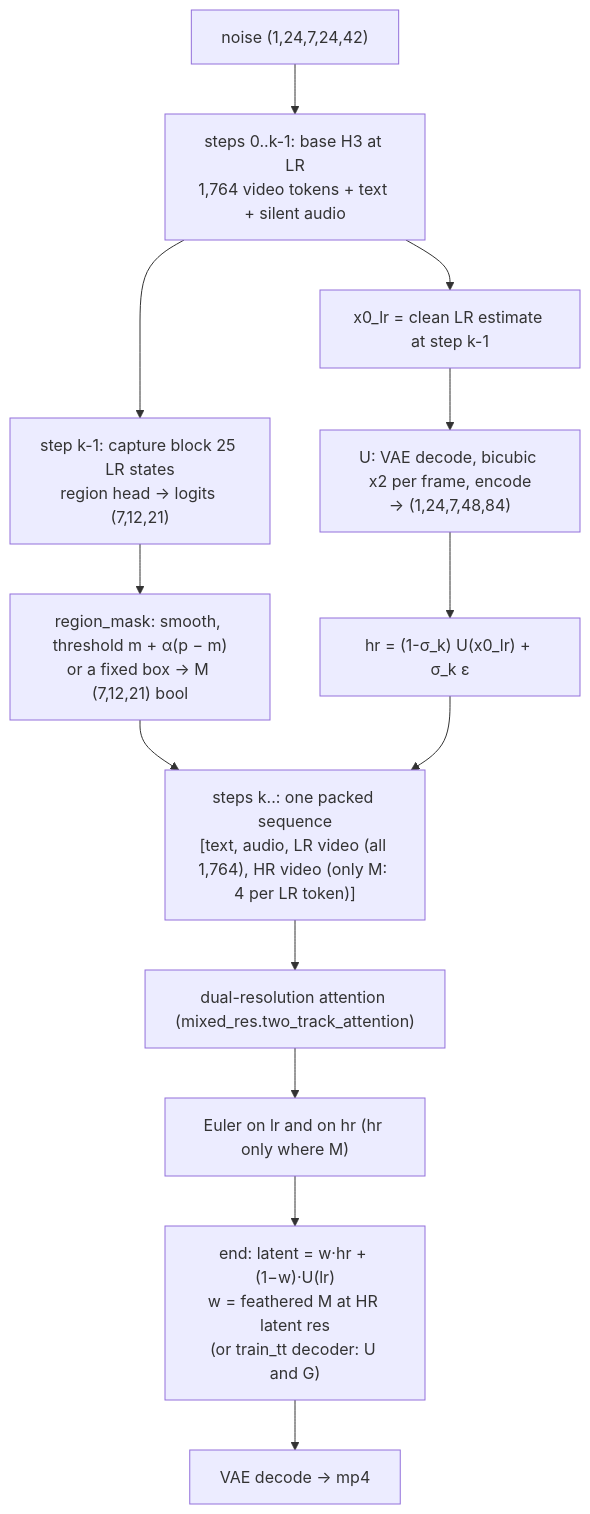
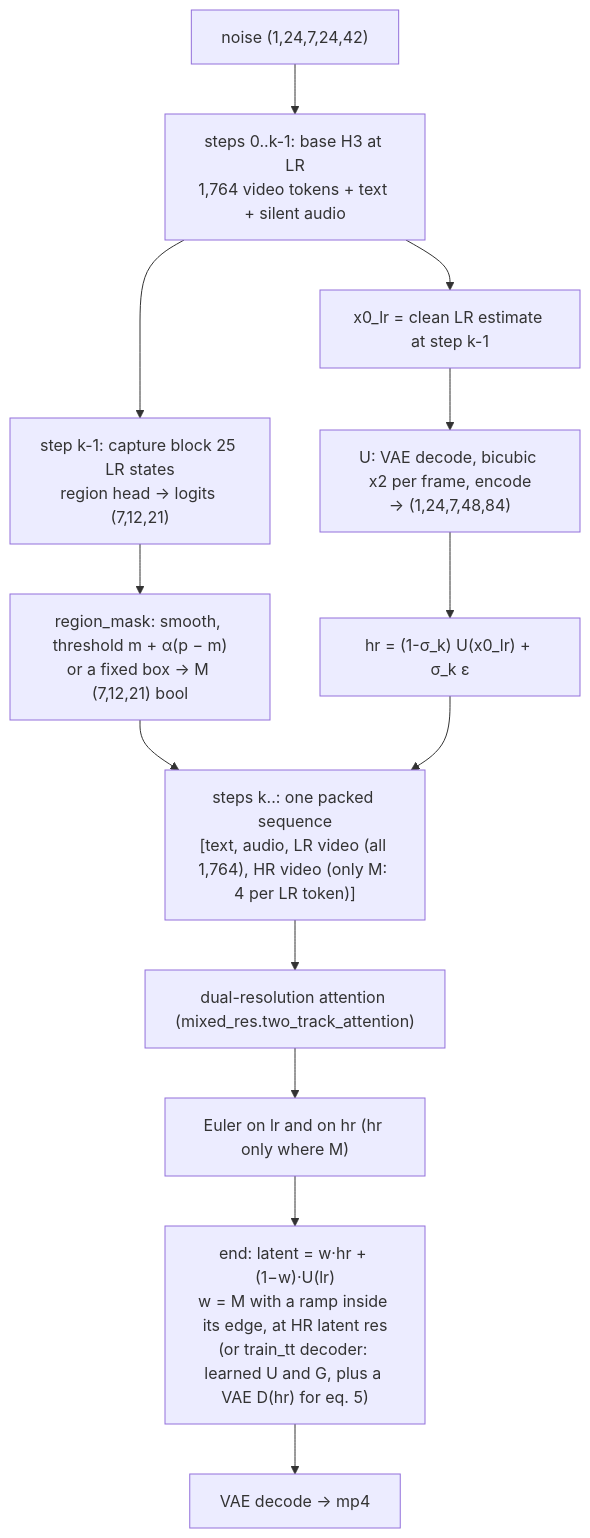
The diagram in docs/TWO_TRACK_FLOW.md (scrya-com/lot-diffusion), drawn with Mermaid before and after one commit. The commit also changed other lines of this file and 4 other files, not shown here.

````diff
--- a/docs/TWO_TRACK_FLOW.md
+++ b/docs/TWO_TRACK_FLOW.md
@@ -43,15 +49,15 @@
 ```mermaid
 flowchart TD
     A["noise (1,24,7,24,42)"] --> B["steps 0..k-1: base H3 at LR<br/>1,764 video tokens + text + silent audio"]
     B --> C["step k-1: capture block 25 LR states<br/>region head -> logits (7,12,21)"]
     C --> D["region_mask: smooth, threshold m + α(p − m)<br/>or a fixed box -> M (7,12,21) bool"]
     B --> E["x0_lr = clean LR estimate at step k-1"]
     E --> F["U: VAE decode, bicubic x2 per frame, encode<br/>-> (1,24,7,48,84)"]
     F --> G["hr = (1-σ_k) U(x0_lr) + σ_k ε"]
     D --> H
     G --> H["steps k..: one packed sequence<br/>[text, audio, LR video (all 1,764), HR video (only M: 4 per LR token)]"]
     H --> I["dual-resolution attention (mixed_res.two_track_attention)"]
     I --> J["Euler on lr and on hr (hr only where M)"]
-    J --> K["end: latent = w·hr + (1−w)·U(lr)<br/>w = feathered M at HR latent res<br/>(or train_tt decoder: U and G)"]
+    J --> K["end: latent = w·hr + (1−w)·U(lr)<br/>w = M with a ramp inside its edge, at HR latent res<br/>(or train_tt decoder: learned U and G, plus a VAE D(hr) for eq. 5)"]
     K --> L["VAE decode -> mp4"]
 ```
````
